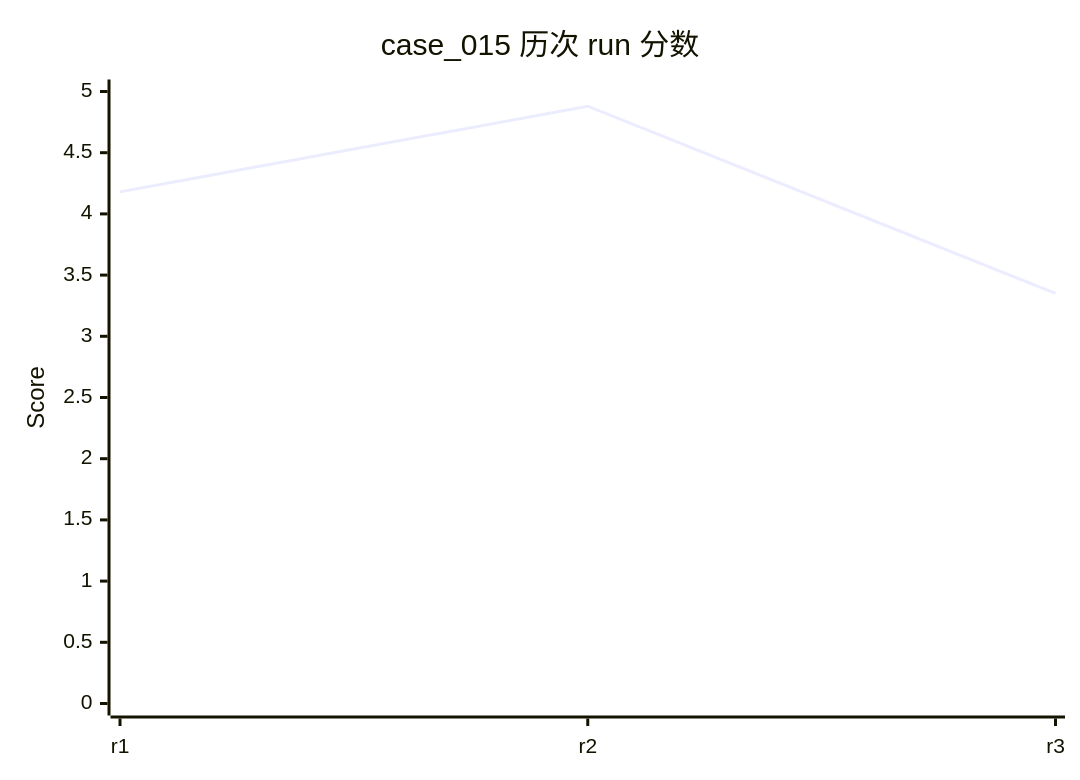
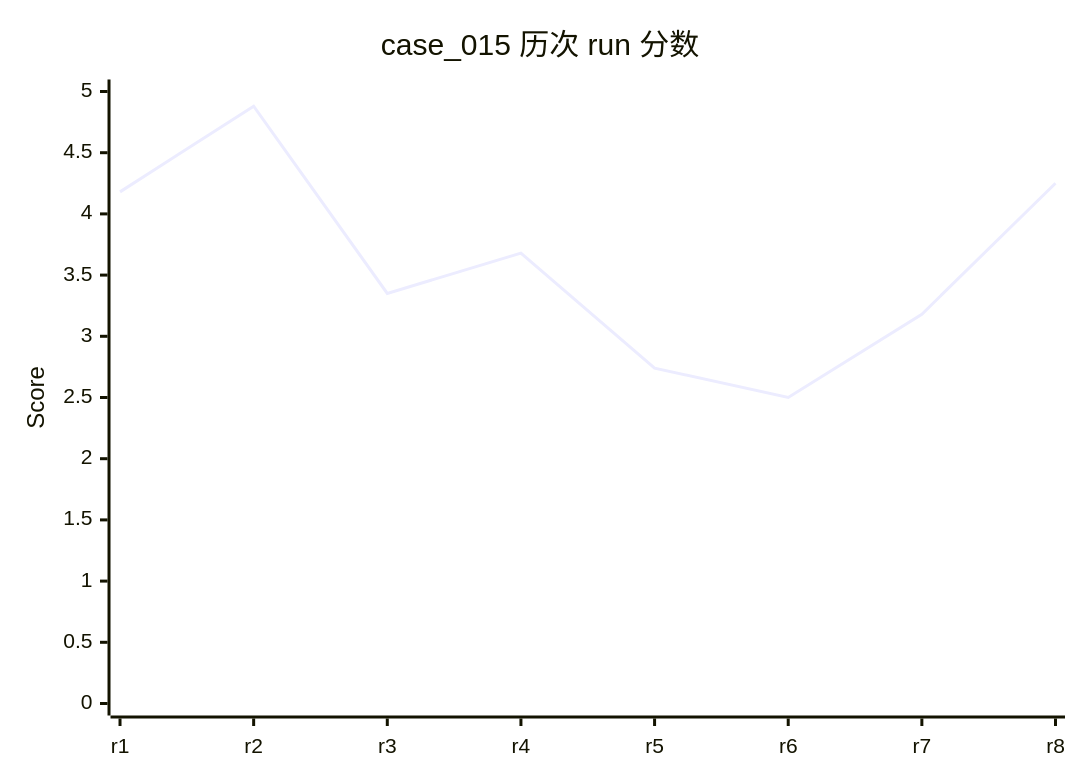
One commit to rushengzhou/sid-code changed diagram 19 of 58 in evals/DASHBOARD.md. Above: the diagram before and after it, drawn with Mermaid. The commit also changed other lines of this file and 34 other files, not shown here.

````diff
--- a/evals/DASHBOARD.md
+++ b/evals/DASHBOARD.md
@@ -428,7 +433,7 @@
 ```mermaid
 xychart-beta
     title "case_015 历次 run 分数"
-    x-axis [r1, r2, r3]
+    x-axis [r1, r2, r3, r4, r5, r6, r7, r8]
     y-axis "Score" 0 --> 5
-    line [4.18, 4.88, 3.35]
+    line [4.18, 4.88, 3.35, 3.68, 2.74, 2.50, 3.18, 4.25]
 ```
````
